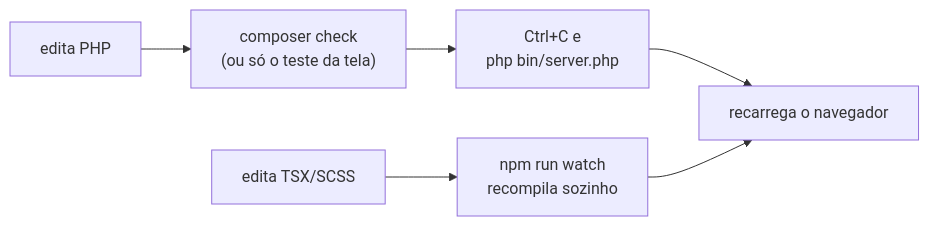
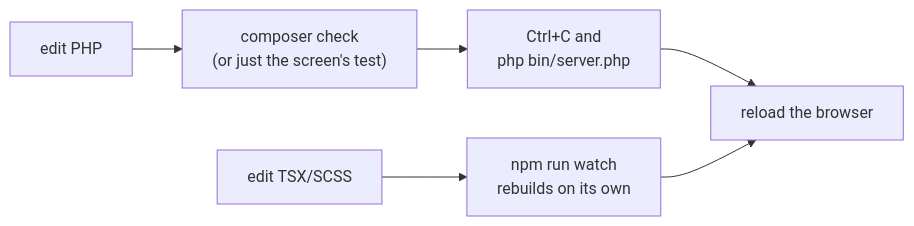
The second of 2 diagrams in docs/dev/setup-local.md (mrcdom/wdc-cube-php), drawn with Mermaid before and after one commit. The commit also changed other lines of this file and 303 other files, not shown here.

````diff
--- a/docs/dev/setup-local.md
+++ b/docs/dev/setup-local.md
@@ -271,8 +271,8 @@
 ```mermaid
 flowchart LR
-    E["edita PHP"] --> T["composer check<br/>(ou só o teste da tela)"]
-    T --> R["Ctrl+C e<br/>php bin/server.php"]
-    R --> V["recarrega o navegador"]
-    E2["edita TSX/SCSS"] --> W["npm run watch<br/>recompila sozinho"]
+    E["edit PHP"] --> T["composer check<br/>(or just the screen's test)"]
+    T --> R["Ctrl+C and<br/>php bin/server.php"]
+    R --> V["reload the browser"]
+    E2["edit TSX/SCSS"] --> W["npm run watch<br/>rebuilds on its own"]
     W --> V
 ```
````
